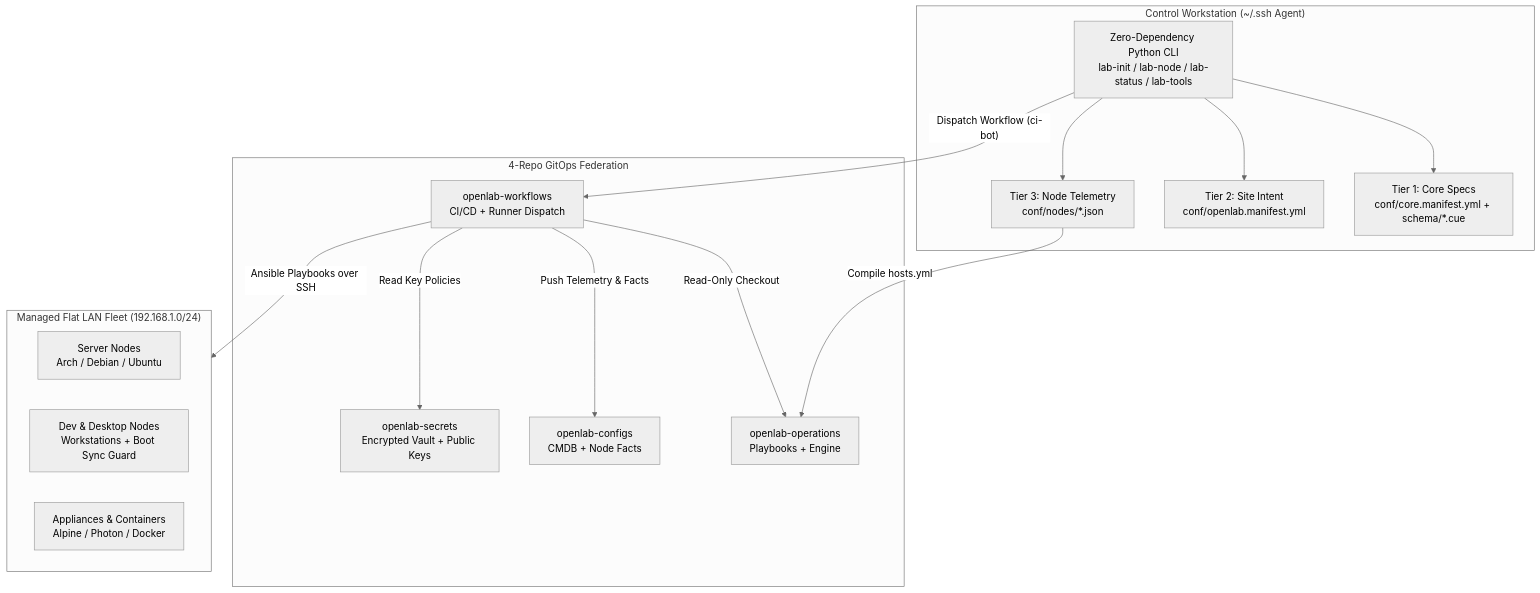
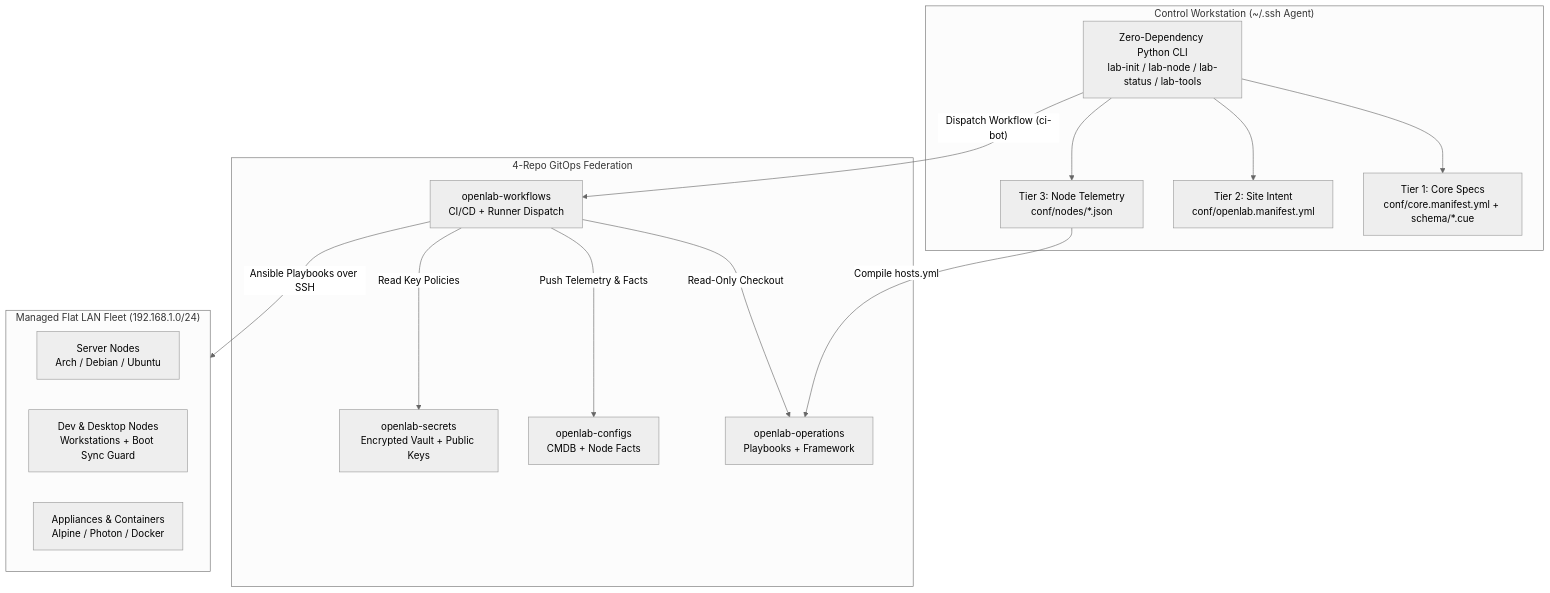
The diagram in docs/architecture.md (openlabops/openlabops), drawn with Mermaid (neutral theme) before and after one commit. The commit also changed other lines of this file and 15 other files, not shown here.

Commit message:
docs(wiki): expand architecture, security, testing, and AI SRE details; use Framework terminology

````diff
--- a/docs/architecture.md
+++ b/docs/architecture.md
@@ -11,30 +11,30 @@
 ```mermaid
 flowchart TB
     subgraph Console["Control Workstation (~/.ssh Agent)"]
         CLI["Zero-Dependency Python CLI<br/>lab-init / lab-node / lab-status / lab-tools"]
         T1["Tier 1: Core Specs<br/>conf/core.manifest.yml + schema/*.cue"]
         T2["Tier 2: Site Intent<br/>conf/openlab.manifest.yml"]
         T3["Tier 3: Node Telemetry<br/>conf/nodes/*.json"]
     end
 
     subgraph Federation["4-Repo GitOps Federation"]
-        OPS["openlab-operations<br/>Playbooks + Engine"]
+        OPS["openlab-operations<br/>Playbooks + Framework"]
         WF["openlab-workflows<br/>CI/CD + Runner Dispatch"]
         CFG["openlab-configs<br/>CMDB + Node Facts"]
         SEC["openlab-secrets<br/>Encrypted Vault + Public Keys"]
     end
 
     subgraph Fleet["Managed Flat LAN Fleet (192.168.1.0/24)"]
         N1["Server Nodes<br/>Arch / Debian / Ubuntu"]
         N2["Dev & Desktop Nodes<br/>Workstations + Boot Sync Guard"]
         N3["Appliances & Containers<br/>Alpine / Photon / Docker"]
     end
 
     CLI --> T1 & T2 & T3
     T3 -->|"Compile hosts.yml"| OPS
     CLI -->|"Dispatch Workflow (ci-bot)"| WF
     WF -->|"Read-Only Checkout"| OPS
     WF -->|"Push Telemetry & Facts"| CFG
     WF -->|"Read Key Policies"| SEC
     WF -->|"Ansible Playbooks over SSH"| Fleet
 ```
````
